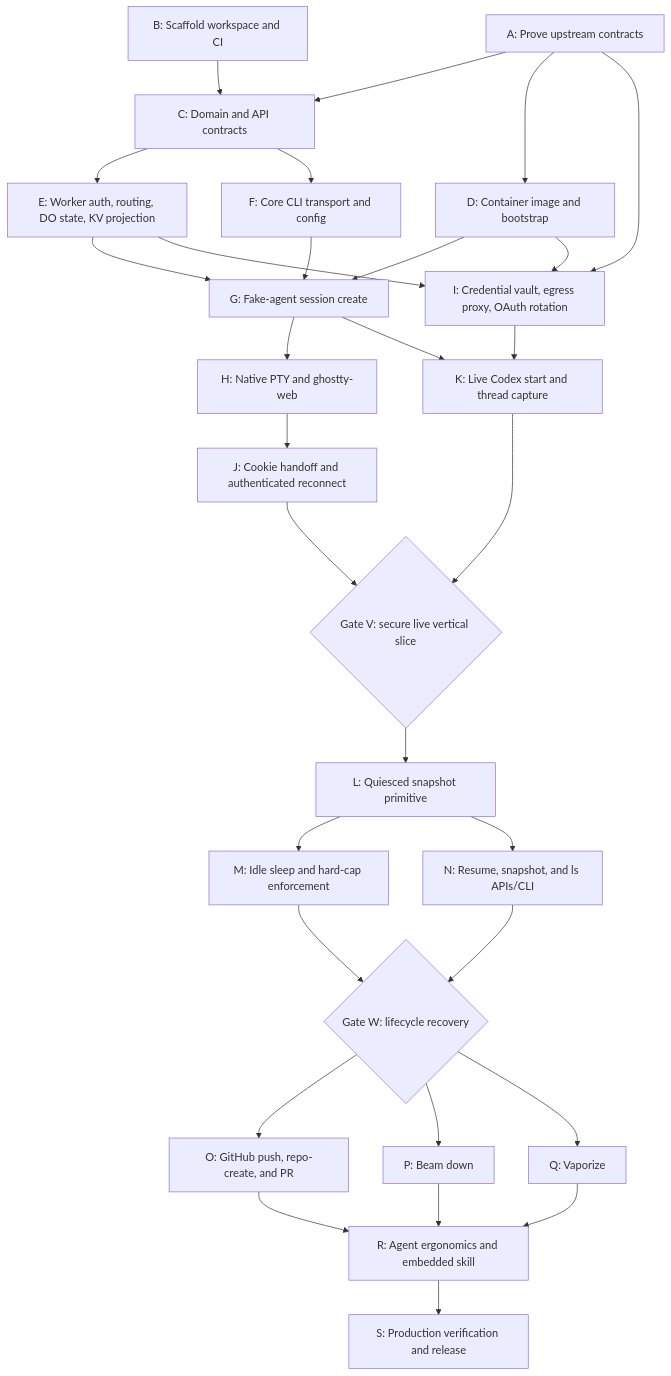
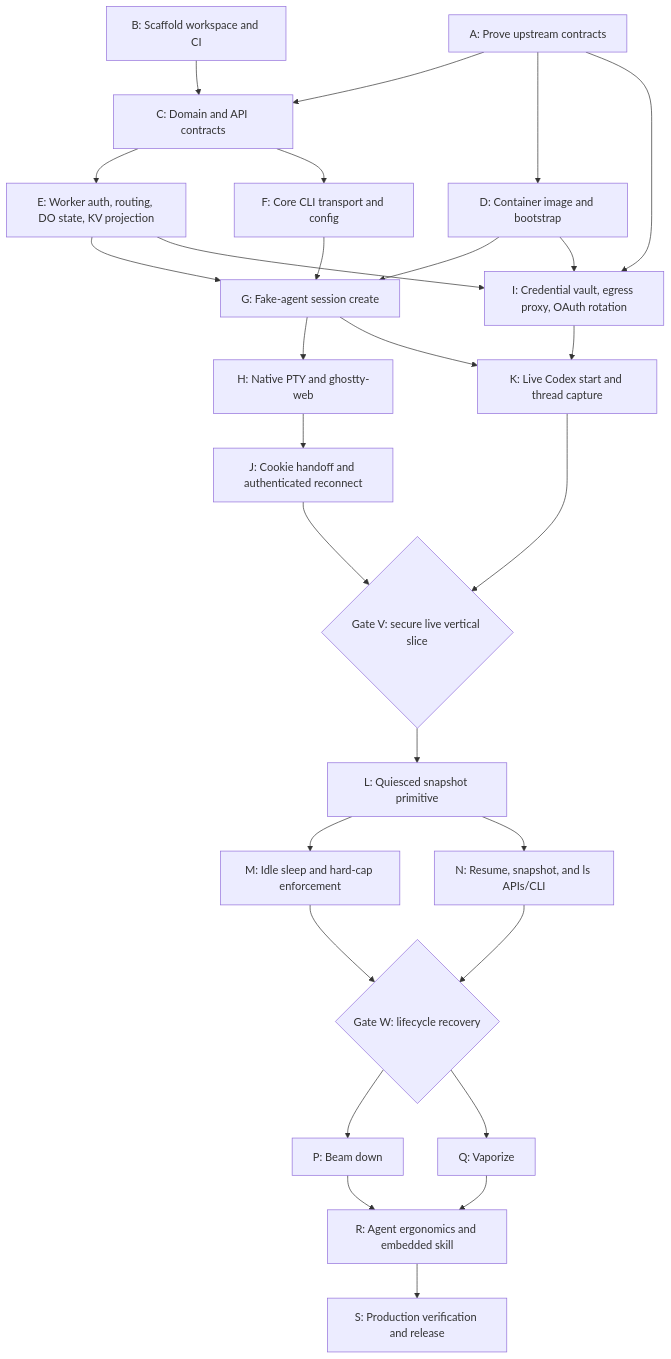
The second of 2 diagrams in IMPLEMENTATION_DAG.md (Yeshwanthyk/scotty), drawn with Mermaid before and after one commit. The commit also changed other lines of this file and 24 other files, not shown here.

````diff
--- a/IMPLEMENTATION_DAG.md
+++ b/IMPLEMENTATION_DAG.md
@@ -95,36 +95,35 @@
 ```mermaid
 flowchart TD
     A[A: Prove upstream contracts] --> C[C: Domain and API contracts]
     B[B: Scaffold workspace and CI] --> C
 
     A --> D[D: Container image and bootstrap]
     C --> E[E: Worker auth, routing, DO state, KV projection]
     C --> F[F: Core CLI transport and config]
     D --> G[G: Fake-agent session create]
     E --> G
     F --> G
 
     G --> H[H: Native PTY and ghostty-web]
     A --> I[I: Credential vault, egress proxy, OAuth rotation]
     E --> I
     D --> I
     H --> J[J: Cookie handoff and authenticated reconnect]
     I --> K[K: Live Codex start and thread capture]
     G --> K
     J --> V{Gate V: secure live vertical slice}
     K --> V
 
     V --> L[L: Quiesced snapshot primitive]
     L --> M[M: Idle sleep and hard-cap enforcement]
     L --> N[N: Resume, snapshot, and ls APIs/CLI]
     M --> W{Gate W: lifecycle recovery}
     N --> W
 
-    W --> O[O: GitHub push, repo-create, and PR]
     W --> P[P: Beam down]
     W --> Q[Q: Vaporize]
-    O --> R[R: Agent ergonomics and embedded skill]
     P --> R
     Q --> R
+    R[R: Agent ergonomics and embedded skill]
     R --> S[S: Production verification and release]
 ```
````
